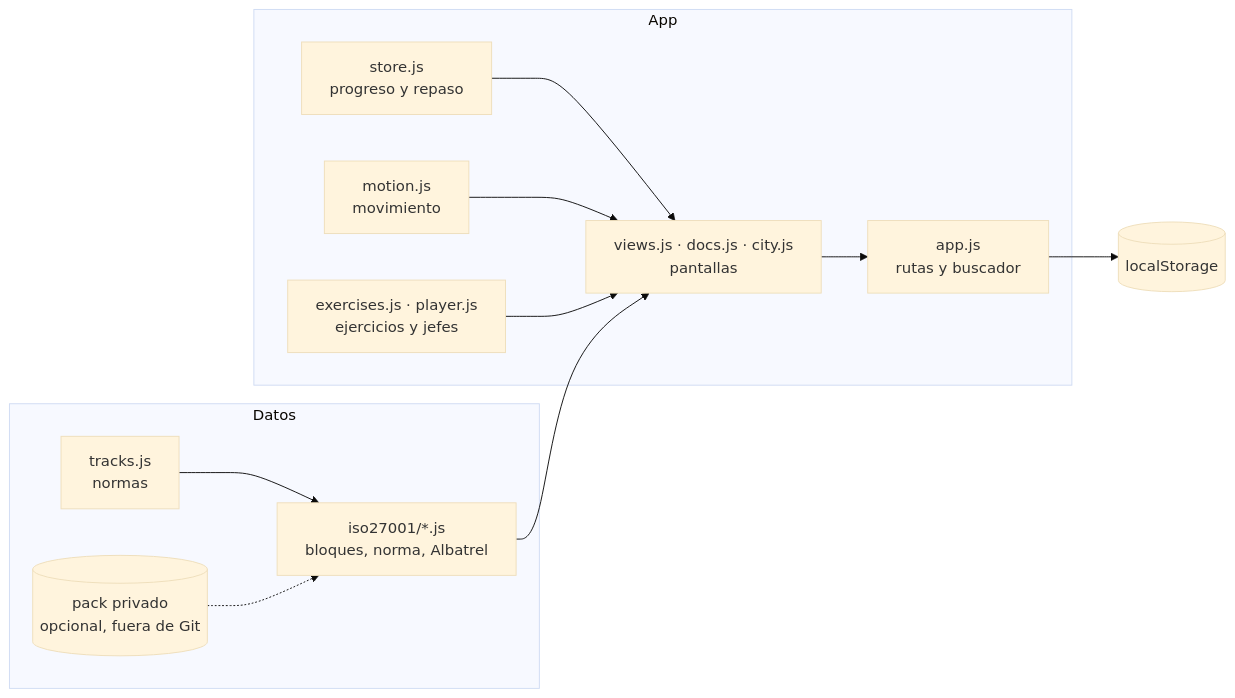
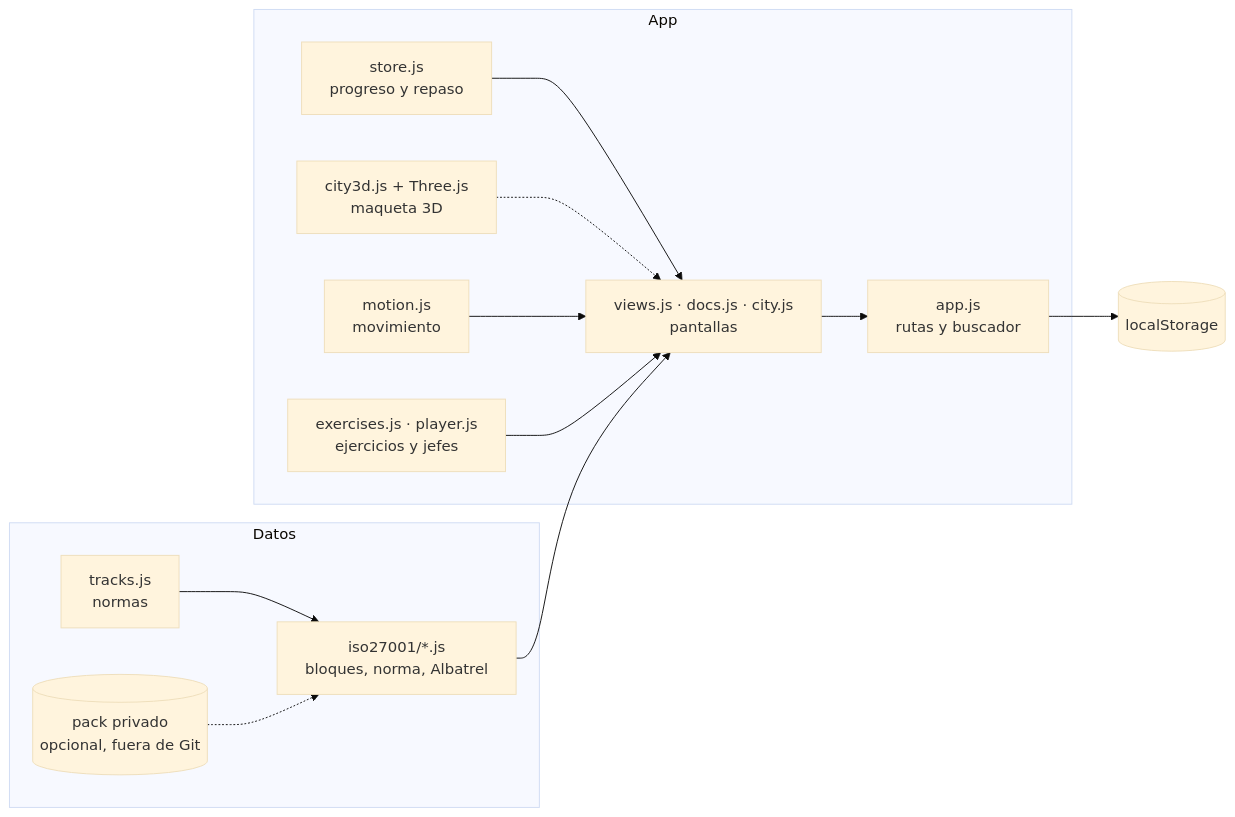
The second of 2 diagrams in README.md (heindall92/atlas-grc), drawn with Mermaid (base theme) before and after one commit. The commit also changed other lines of this file and 12 other files, not shown here.

````diff
--- a/README.md
+++ b/README.md
@@ -268,15 +276,16 @@
 ```mermaid
 flowchart LR
   subgraph Datos
     T[tracks.js<br/>normas] --> C[iso27001/*.js<br/>bloques, norma, Albatrel]
     P[(pack privado<br/>opcional, fuera de Git)] -.-> C
   end
   subgraph App
     S[store.js<br/>progreso y repaso] --> V[views.js · docs.js · city.js<br/>pantallas]
+    W[city3d.js + Three.js<br/>maqueta 3D] -.-> V
     M[motion.js<br/>movimiento] --> V
     E[exercises.js · player.js<br/>ejercicios y jefes] --> V
     V --> A[app.js<br/>rutas y buscador]
   end
   C --> V
   A --> L[(localStorage)]
 ```
````
